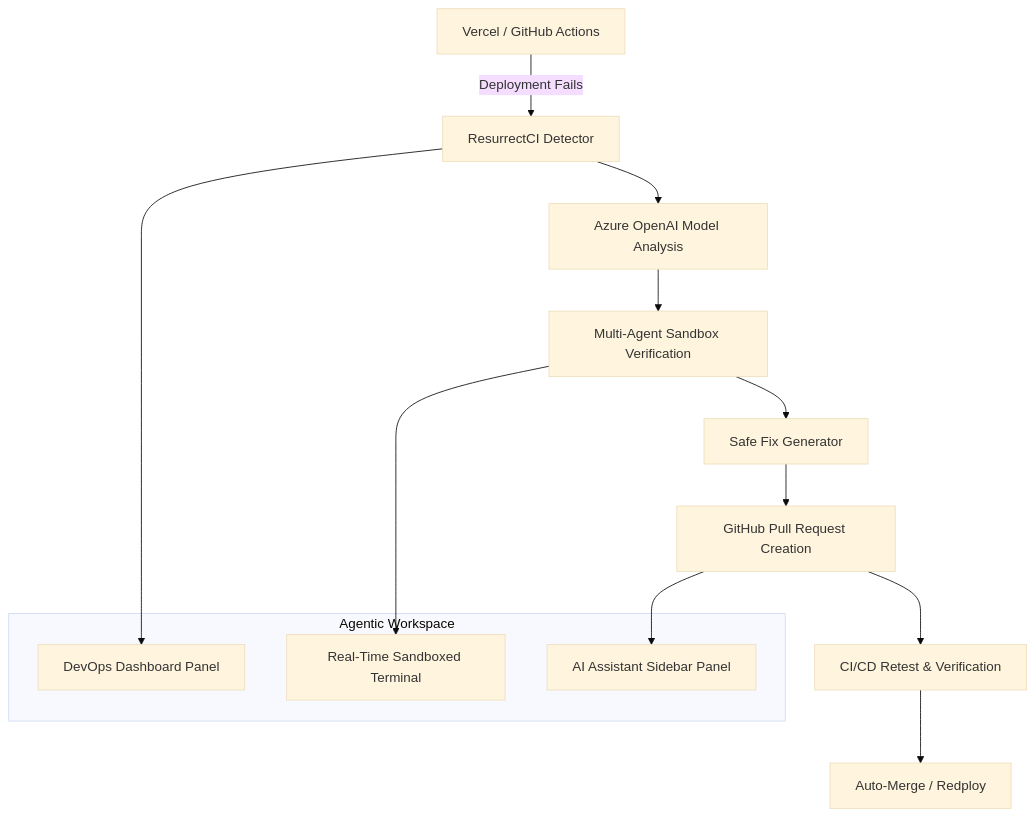
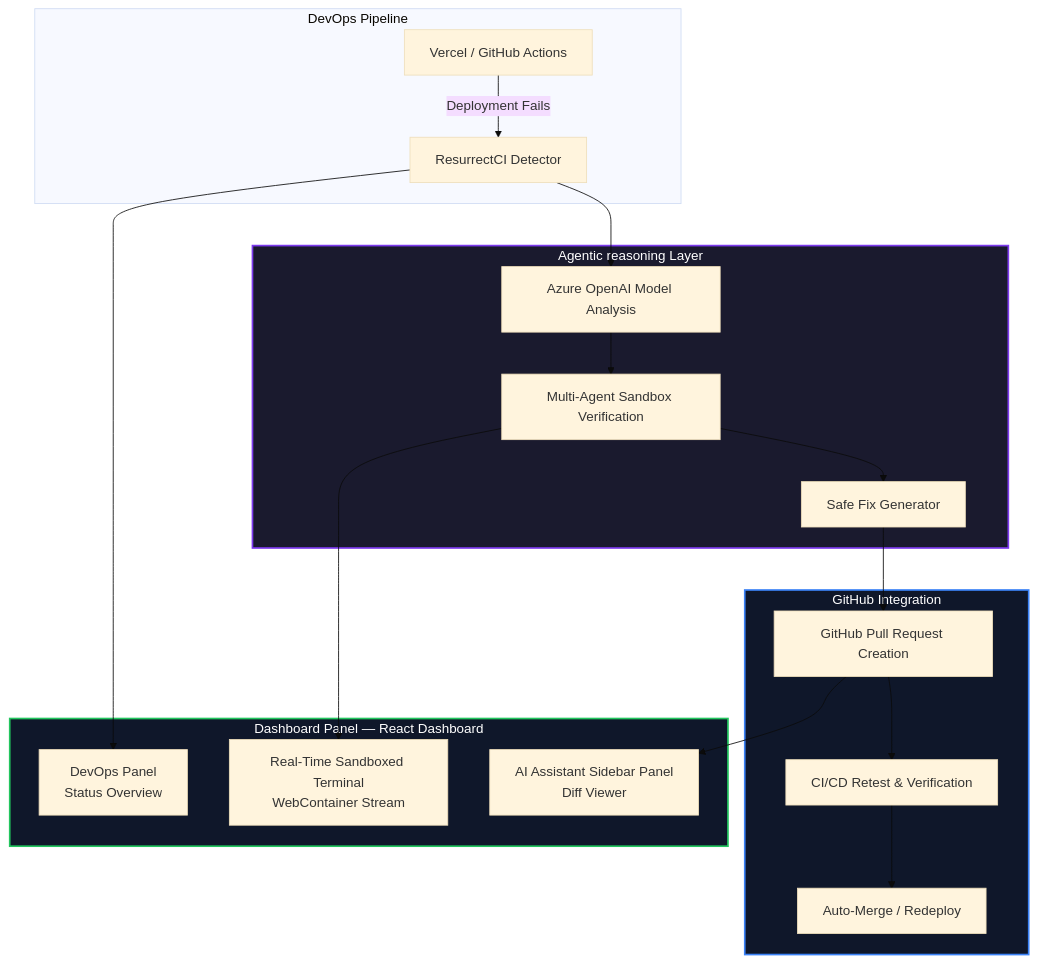
Before and after one commit to hackerpsyco/resurrect-code: the diagram in README.md, drawn with Mermaid (base theme). The commit also changed other lines of this file and 60 other files, not shown here.

````diff
--- a/README.md
+++ b/README.md
@@ -45,20 +54,32 @@
 ```mermaid
 graph TB
-    A[Vercel / GitHub Actions] -->|Deployment Fails| B[ResurrectCI Detector]
-    B --> C[Azure OpenAI Model Analysis]
-    C --> D[Multi-Agent Sandbox Verification]
-    D --> E[Safe Fix Generator]
-    E --> F[GitHub Pull Request Creation]
-    F --> G[CI/CD Retest & Verification]
-    G --> H[Auto-Merge / Redploy]
-    
-    subgraph "Agentic Workspace"
-        J[DevOps Dashboard Panel]
-        K[Real-Time Sandboxed Terminal]
-        L[AI Assistant Sidebar Panel]
+    subgraph DevOps_Flow["DevOps Pipeline"]
+        A[Vercel / GitHub Actions] -->|Deployment Fails| B[ResurrectCI Detector]
     end
-    
+
+    subgraph AI_Core["Agentic reasoning Layer"]
+        B --> C[Azure OpenAI Model Analysis]
+        C --> D[Multi-Agent Sandbox Verification]
+        D --> E[Safe Fix Generator]
+    end
+
+    subgraph Github_Automation["GitHub Integration"]
+        E --> F[GitHub Pull Request Creation]
+        F --> G[CI/CD Retest & Verification]
+        G --> H[Auto-Merge / Redeploy]
+    end
+
+    subgraph Workspace["Dashboard Panel — React Dashboard"]
+        J[DevOps Panel<br/>Status Overview]
+        K[Real-Time Sandboxed Terminal<br/>WebContainer Stream]
+        L[AI Assistant Sidebar Panel<br/>Diff Viewer]
+    end
+
     B --> J
     D --> K
     F --> L
+
+    style AI_Core fill:#1a1a2e,stroke:#7c3aed,stroke-width:2px,color:#fff
+    style Github_Automation fill:#0f172a,stroke:#3b82f6,stroke-width:2px,color:#fff
+    style Workspace fill:#0f172a,stroke:#22c55e,stroke-width:2px,color:#fff
 ```
````
